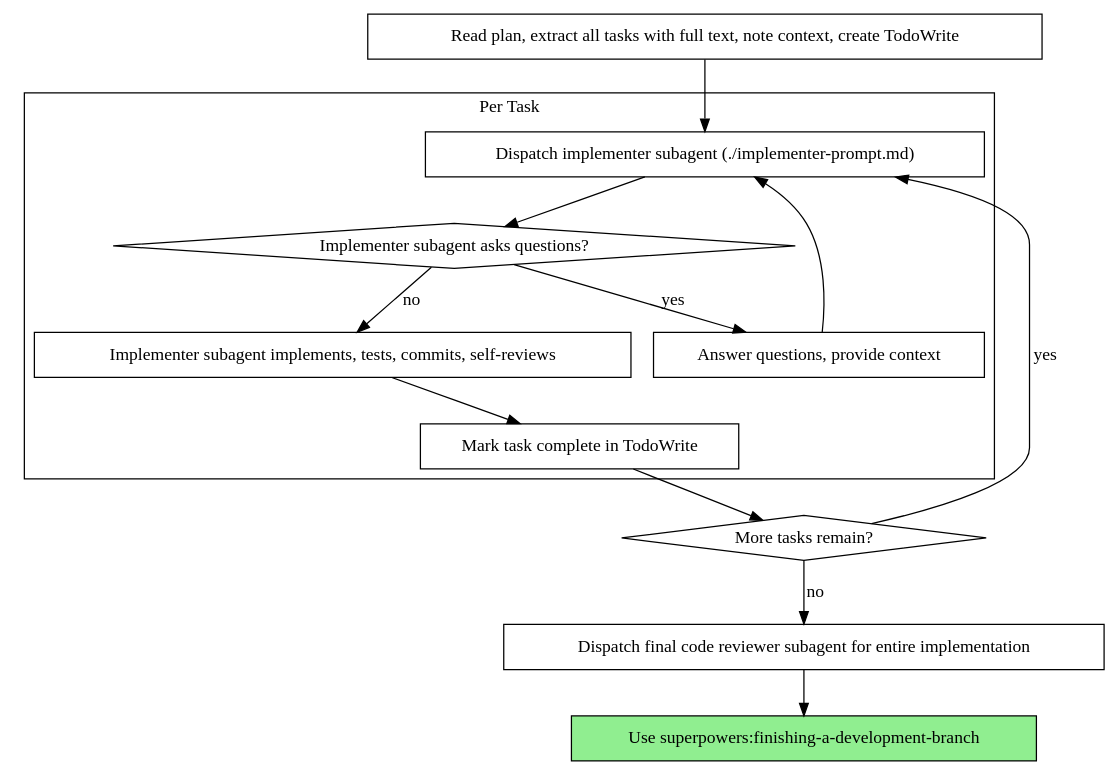
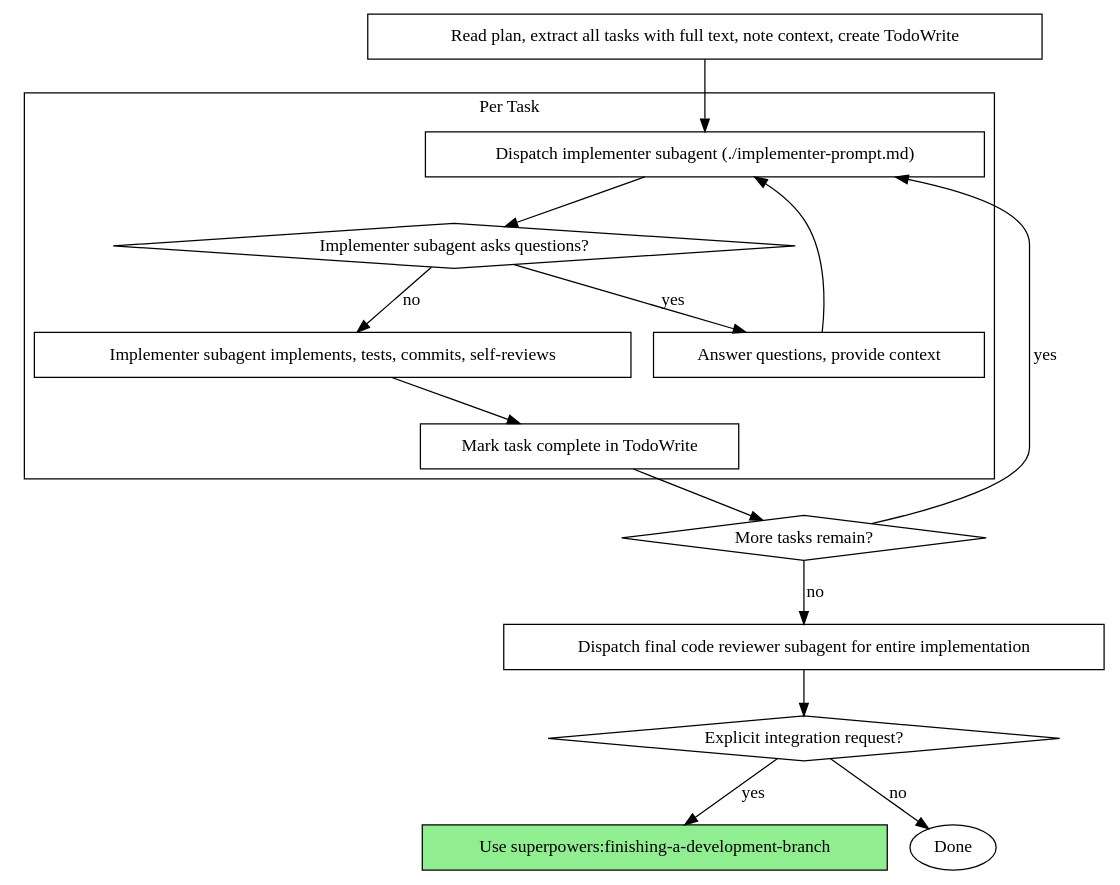
The second of 2 diagrams in skills-custom/subagent-driven-development/SKILL.md (zcarc/superpowers), drawn with Graphviz before and after one commit. The commit also changed other lines of this file and 4 other files, not shown here.

Commit message:
docs: clarify execution-mode boundaries and explicit integration handoffs across planning skills

````diff
--- a/skills-custom/subagent-driven-development/SKILL.md
+++ b/skills-custom/subagent-driven-development/SKILL.md
@@ -42,30 +33,34 @@
 ```dot
 digraph process {
     rankdir=TB;
 
     subgraph cluster_per_task {
         label="Per Task";
         "Dispatch implementer subagent (./implementer-prompt.md)" [shape=box];
         "Implementer subagent asks questions?" [shape=diamond];
         "Answer questions, provide context" [shape=box];
         "Implementer subagent implements, tests, commits, self-reviews" [shape=box];
         "Mark task complete in TodoWrite" [shape=box];
     }
 
     "Read plan, extract all tasks with full text, note context, create TodoWrite" [shape=box];
     "More tasks remain?" [shape=diamond];
     "Dispatch final code reviewer subagent for entire implementation" [shape=box];
-    "Use superpowers:finishing-a-development-branch" [shape=box style=filled fillcolor=lightgreen];
 
     "Read plan, extract all tasks with full text, note context, create TodoWrite" -> "Dispatch implementer subagent (./implementer-prompt.md)";
     "Dispatch implementer subagent (./implementer-prompt.md)" -> "Implementer subagent asks questions?";
     "Implementer subagent asks questions?" -> "Answer questions, provide context" [label="yes"];
     "Answer questions, provide context" -> "Dispatch implementer subagent (./implementer-prompt.md)";
     "Implementer subagent asks questions?" -> "Implementer subagent implements, tests, commits, self-reviews" [label="no"];
     "Implementer subagent implements, tests, commits, self-reviews" -> "Mark task complete in TodoWrite";
     "Mark task complete in TodoWrite" -> "More tasks remain?";
     "More tasks remain?" -> "Dispatch implementer subagent (./implementer-prompt.md)" [label="yes"];
     "More tasks remain?" -> "Dispatch final code reviewer subagent for entire implementation" [label="no"];
-    "Dispatch final code reviewer subagent for entire implementation" -> "Use superpowers:finishing-a-development-branch";
+    "Dispatch final code reviewer subagent for entire implementation" -> "Explicit integration request?";
+    "Explicit integration request?" [shape=diamond];
+    "Use superpowers:finishing-a-development-branch" [shape=box style=filled fillcolor=lightgreen];
+    "Done" [shape=ellipse];
+    "Explicit integration request?" -> "Use superpowers:finishing-a-development-branch" [label="yes"];
+    "Explicit integration request?" -> "Done" [label="no"];
 }
 ```
````
